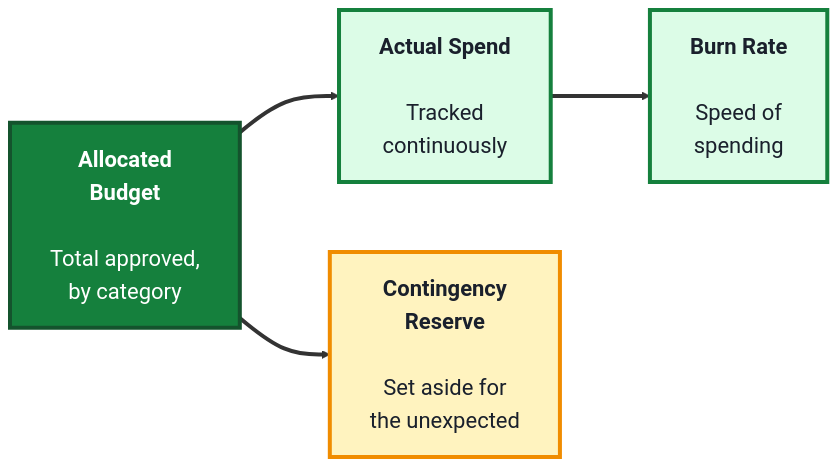
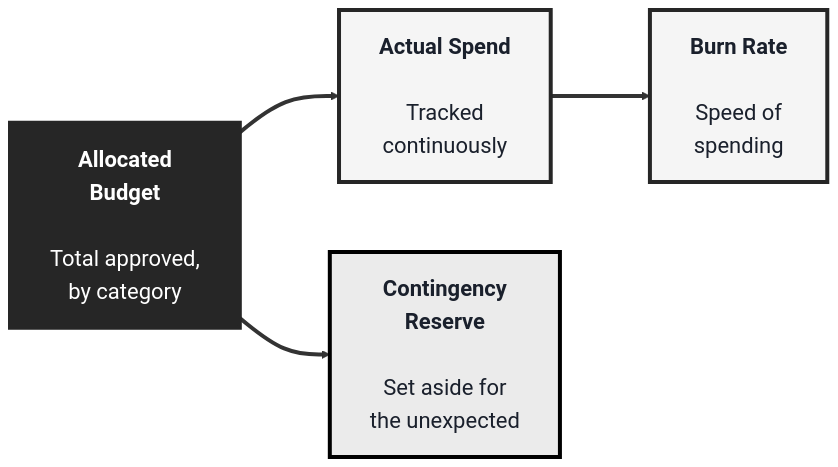
The fourth of 4 diagrams in src/Pages/courses/TechPO/project-management-module.md (SHEMODELTECH/shemodeltech), drawn with Mermaid before and after one commit. The commit also changed other lines of this file and 46 other files, not shown here.

````diff
--- a/src/Pages/courses/TechPO/project-management-module.md
+++ b/src/Pages/courses/TechPO/project-management-module.md
@@ -199,17 +199,17 @@
 ```mermaid
-%%{init: {'theme':'base', 'themeVariables': {'fontSize':'22px', 'primaryTextColor':'#1a202c', 'primaryBorderColor':'#15803d', 'lineColor':'#333333'}, 'flowchart': {'nodeSpacing': 70, 'rankSpacing': 90, 'padding': 20}}}%%
+%%{init: {'theme':'base', 'themeVariables': {'fontSize':'22px', 'primaryTextColor':'#1a202c', 'primaryBorderColor':'#262626', 'lineColor':'#333333'}, 'flowchart': {'nodeSpacing': 70, 'rankSpacing': 90, 'padding': 20}}}%%
 flowchart LR
     A["<b>Allocated<br/>Budget</b><br/><br/>Total approved,<br/>by category"]
     S["<b>Actual Spend</b><br/><br/>Tracked<br/>continuously"]
     B["<b>Burn Rate</b><br/><br/>Speed of<br/>spending"]
     C["<b>Contingency<br/>Reserve</b><br/><br/>Set aside for<br/>the unexpected"]
 
     A ==> S ==> B
     A ==> C
 
-    style A fill:#15803d,color:#fff,stroke:#14532d,stroke-width:4px
-    style S fill:#dcfce7,color:#1a202c,stroke:#15803d,stroke-width:4px
-    style B fill:#dcfce7,color:#1a202c,stroke:#15803d,stroke-width:4px
-    style C fill:#fff3bf,color:#1a202c,stroke:#f08c00,stroke-width:4px
+    style A fill:#262626,color:#fff,stroke:#262626,stroke-width:4px
+    style S fill:#F5F5F5,color:#1a202c,stroke:#262626,stroke-width:4px
+    style B fill:#F5F5F5,color:#1a202c,stroke:#262626,stroke-width:4px
+    style C fill:#EBEBEB,color:#1a202c,stroke:#000000,stroke-width:4px
     linkStyle default stroke-width:4px,stroke:#333333
 ```
````
